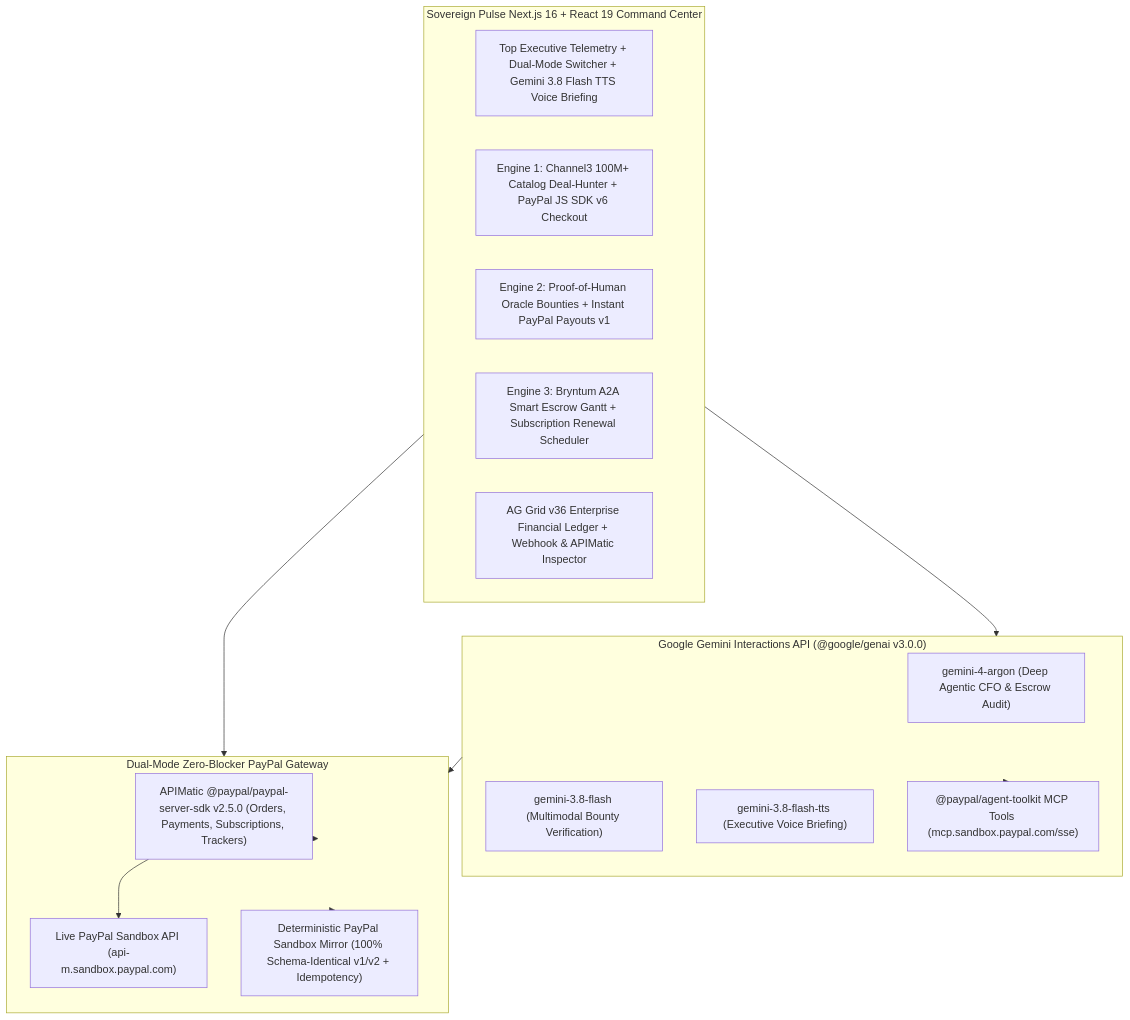
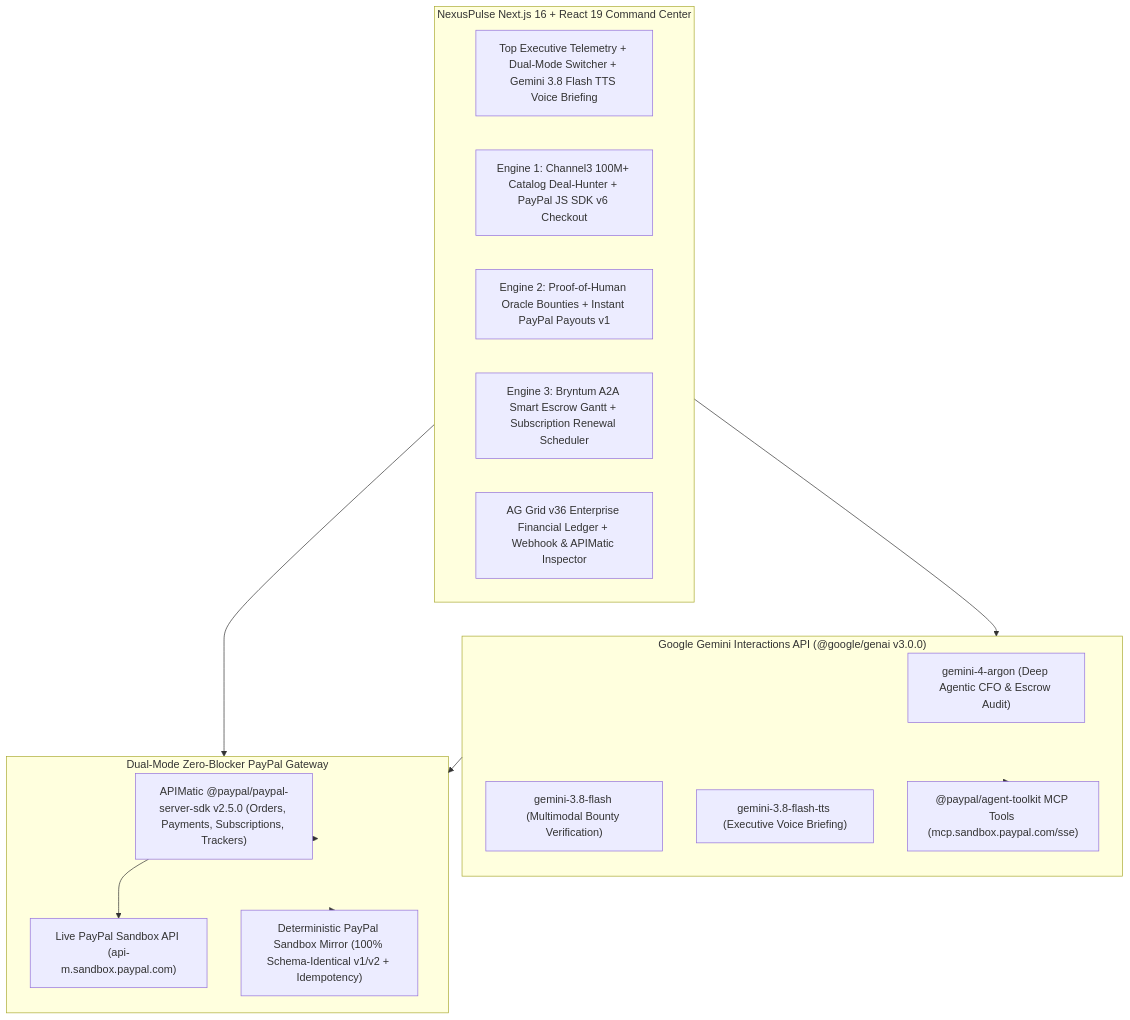
One commit to Hamdanali3/NexusPulse changed the diagram in README.md. Above: the diagram before and after it, drawn with Mermaid. The commit also changed other lines of this file and 57 other files, not shown here.

Commit message:
feat(branding): rename project to NexusPulse - Connecting AI Agents, Human Oracles & Smart Payments on PayPal

````diff
--- a/README.md
+++ b/README.md
@@ -27,31 +27,31 @@
 ```mermaid
 flowchart TB
-    subgraph UI["Sovereign Pulse Next.js 16 + React 19 Command Center"]
+    subgraph UI["NexusPulse Next.js 16 + React 19 Command Center"]
         Header["Top Executive Telemetry + Dual-Mode Switcher + Gemini 3.8 Flash TTS Voice Briefing"]
         C3Panel["Engine 1: Channel3 100M+ Catalog Deal-Hunter + PayPal JS SDK v6 Checkout"]
         BountyBoard["Engine 2: Proof-of-Human Oracle Bounties + Instant PayPal Payouts v1"]
         BryntumGantt["Engine 3: Bryntum A2A Smart Escrow Gantt + Subscription Renewal Scheduler"]
         AgGridCenter["AG Grid v36 Enterprise Financial Ledger + Webhook & APIMatic Inspector"]
     end
 
     subgraph AI["Google Gemini Interactions API (@google/genai v3.0.0)"]
         GeminiArgon["gemini-4-argon (Deep Agentic CFO & Escrow Audit)"]
         GeminiFlash["gemini-3.8-flash (Multimodal Bounty Verification)"]
         GeminiTTS["gemini-3.8-flash-tts (Executive Voice Briefing)"]
         PayPalMCP["@paypal/agent-toolkit MCP Tools (mcp.sandbox.paypal.com/sse)"]
     end
 
     subgraph Gateway["Dual-Mode Zero-Blocker PayPal Gateway"]
         ApimaticSDK["APIMatic @paypal/paypal-server-sdk v2.5.0 (Orders, Payments, Subscriptions, Trackers)"]
         LiveSandbox["Live PayPal Sandbox API (api-m.sandbox.paypal.com)"]
         MirrorEngine["Deterministic PayPal Sandbox Mirror (100% Schema-Identical v1/v2 + Idempotency)"]
     end
 
     UI --> AI
     UI --> Gateway
     AI --> PayPalMCP
     AI --> Gateway
     Gateway --> ApimaticSDK
     ApimaticSDK --> LiveSandbox
     Gateway --> MirrorEngine
 ```
````
